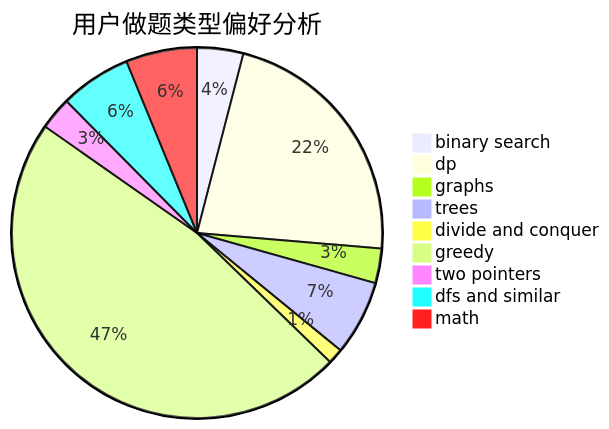
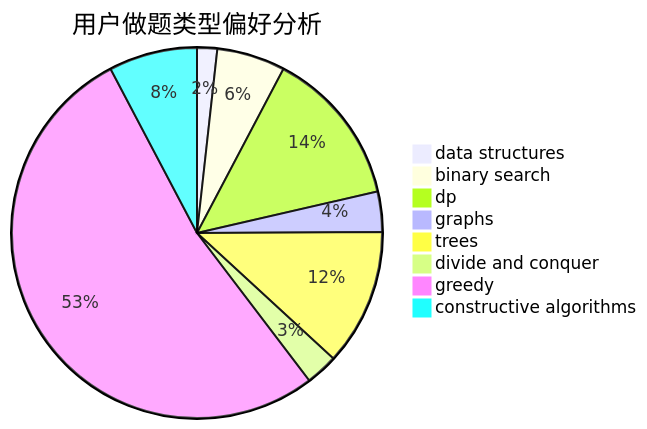
The second of 3 diagrams in docs/user/u1814.md (sherpahu/cfrs.github.io), drawn with Mermaid before and after one commit. The commit also changed other lines of this file and 2775 other files, not shown here.

````diff
--- a/docs/user/u1814.md
+++ b/docs/user/u1814.md
@@ -23,12 +23,11 @@
 ```mermaid
 pie title 用户做题类型偏好分析
-    "binary search" :  24
-    "dp" :  133
-    "graphs" :  18
-    "trees" :  39
+    "data structures" :  5
+    "binary search" :  17
+    "dp" :  39
+    "graphs" :  10
+    "trees" :  34
     "divide and conquer" :  8
-    "greedy" :  283
-    "two pointers" :  17
-    "dfs and similar" :  37
-    "math" :  37
+    "greedy" :  150
+    "constructive algorithms" :  22
 ```
````
